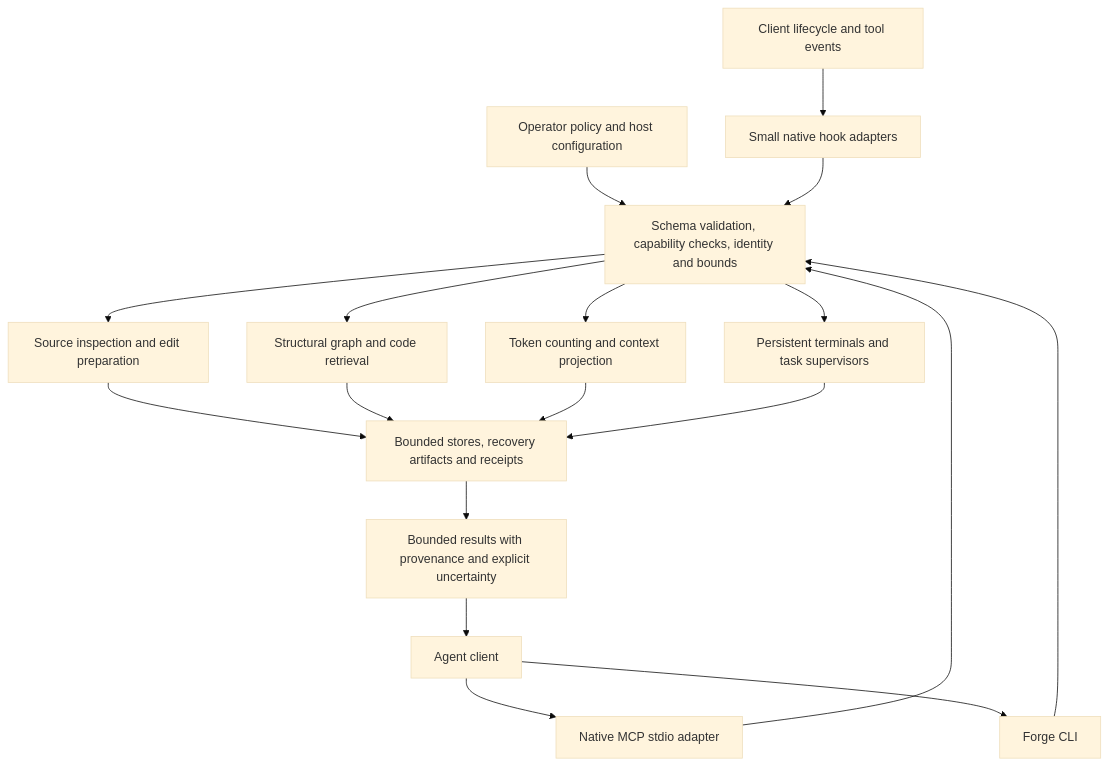
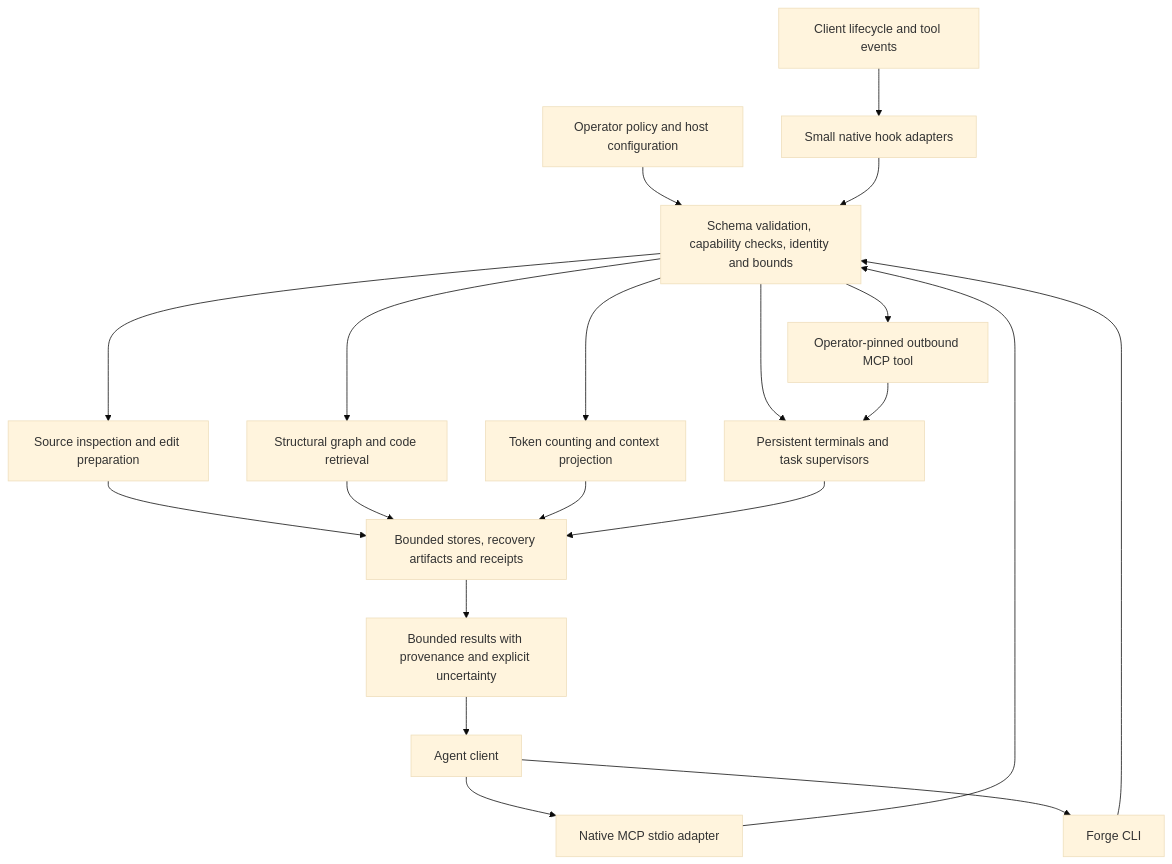
One commit to mcpirate17/llm-forge changed the diagram in ARCHITECTURE.md. Above: the diagram before and after it, drawn with Mermaid (base theme). The commit also changed other lines of this file and 27 other files, not shown here.

First line of the commit message:
feat(mcp): add a confined operator-pinned stdio client (#201)

````diff
--- a/ARCHITECTURE.md
+++ b/ARCHITECTURE.md
@@ -14,20 +14,22 @@
 ```mermaid
 flowchart TD
     Operator[Operator policy and host configuration] --> Boundary
     Agent[Agent client] --> MCP[Native MCP stdio adapter]
     Agent --> CLI[Forge CLI]
     Events[Client lifecycle and tool events] --> Hooks[Small native hook adapters]
     MCP --> Boundary[Schema validation, capability checks, identity and bounds]
     CLI --> Boundary
     Hooks --> Boundary
     Boundary --> Code[Source inspection and edit preparation]
     Boundary --> Search[Structural graph and code retrieval]
     Boundary --> Context[Token counting and context projection]
     Boundary --> Runtime[Persistent terminals and task supervisors]
+    Boundary --> Outbound[Operator-pinned outbound MCP tool]
+    Outbound --> Runtime
     Code --> State[Bounded stores, recovery artifacts and receipts]
     Search --> State
     Context --> State
     Runtime --> State
     State --> Response[Bounded results with provenance and explicit uncertainty]
     Response --> Agent
 ```
````
